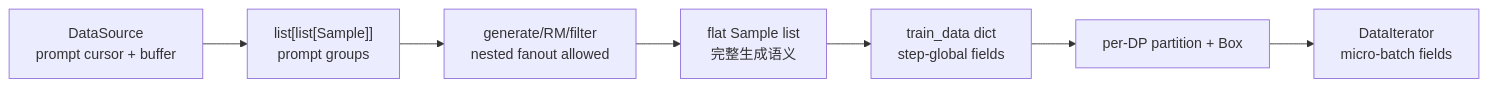
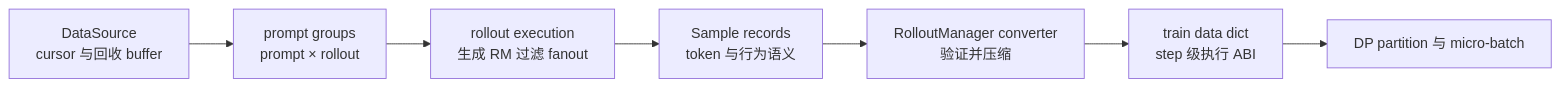
Before and after one commit to suhaibo666/llm-knowledge: the first of 2 diagrams in wiki/02_engineering/04_posttrain_frameworks/slime/12_slime_sample_datasource_analysis.md, drawn with Mermaid. The commit also changed other lines of this file, not shown here.

Commit message:
docs: deepen slime sample and datasource design analysis

````diff
--- a/wiki/02_engineering/04_posttrain_frameworks/slime/12_slime_sample_datasource_analysis.md
+++ b/wiki/02_engineering/04_posttrain_frameworks/slime/12_slime_sample_datasource_analysis.md
@@ -9,9 +37,9 @@
 ```mermaid
 flowchart LR
-    DS["DataSource<br/>prompt cursor + buffer"] --> G["list[list[Sample]]<br/>prompt groups"]
-    G --> GEN["generate/RM/filter<br/>nested fanout allowed"]
-    GEN --> S["flat Sample list<br/>完整生成语义"]
-    S --> TD["train_data dict<br/>step-global fields"]
-    TD --> DP["per-DP partition + Box"]
-    DP --> MB["DataIterator<br/>micro-batch fields"]
+    DS["DataSource<br/>cursor 与回收 buffer"] --> PG["prompt groups<br/>prompt × rollout"]
+    PG --> EX["rollout execution<br/>生成 RM 过滤 fanout"]
+    EX --> SP["Sample records<br/>token 与行为语义"]
+    SP --> CV["RolloutManager converter<br/>验证并压缩"]
+    CV --> TD["train data dict<br/>step 级执行 ABI"]
+    TD --> DP["DP partition 与 micro-batch"]
 ```
````
